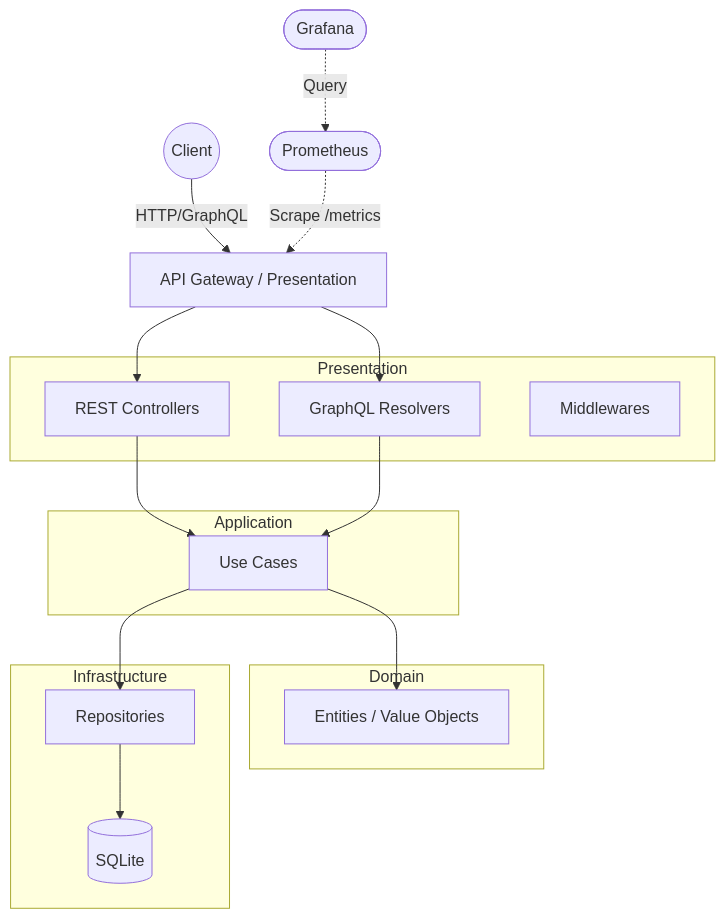
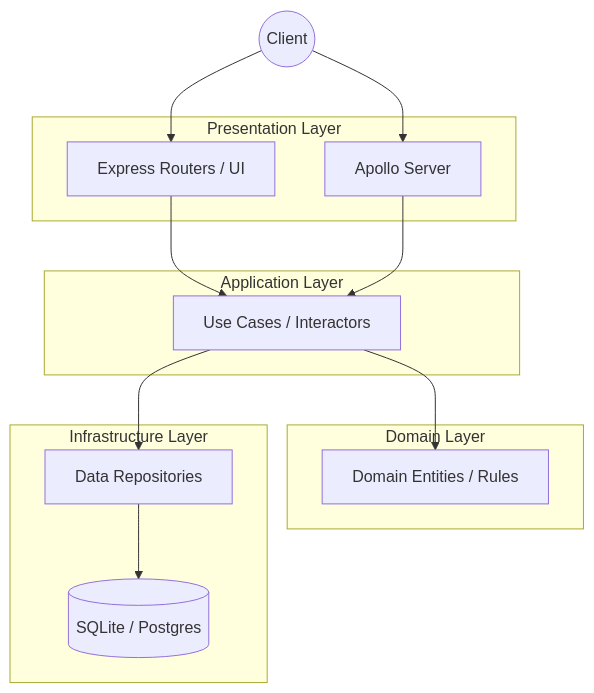
Before and after one commit to codebyjuliamendes/cloud-native-graphql-gateway: the diagram in README.md, drawn with Mermaid. The commit also changed other lines of this file and 2 other files, not shown here.

Commit message:
refactor: apply tailwind design system, code review excellence, and backend architect principles

````diff
--- a/README.md
+++ b/README.md
@@ -8,33 +27,30 @@
 ```mermaid
-flowchart TD
-    Client((Client)) -->|HTTP/GraphQL| API[API Gateway / Presentation]
+graph TD
+    Client((Client))
     
-    subgraph Presentation
-        REST[REST Controllers]
-        GQL[GraphQL Resolvers]
-        MW[Middlewares]
+    subgraph Presentation Layer
+    Router[Express Routers / UI]
+    GQL[Apollo Server]
     end
-    API --> REST
-    API --> GQL
     
-    subgraph Application
-        UC[Use Cases]
+    subgraph Application Layer
+    UseCases[Use Cases / Interactors]
     end
-    REST --> UC
-    GQL --> UC
     
-    subgraph Domain
-        ENT[Entities / Value Objects]
+    subgraph Domain Layer
+    Entities[Domain Entities / Rules]
     end
-    UC --> ENT
     
-    subgraph Infrastructure
-        REP[Repositories]
-        DB[(SQLite)]
+    subgraph Infrastructure Layer
+    DB[(SQLite / Postgres)]
+    Repos[Data Repositories]
     end
-    UC --> REP
-    REP --> DB
     
-    Prometheus([Prometheus]) -.->|Scrape /metrics| API
-    Grafana([Grafana]) -.->|Query| Prometheus
+    Client --> Router
+    Client --> GQL
+    Router --> UseCases
+    GQL --> UseCases
+    UseCases --> Entities
+    UseCases --> Repos
+    Repos --> DB
 ```
````
